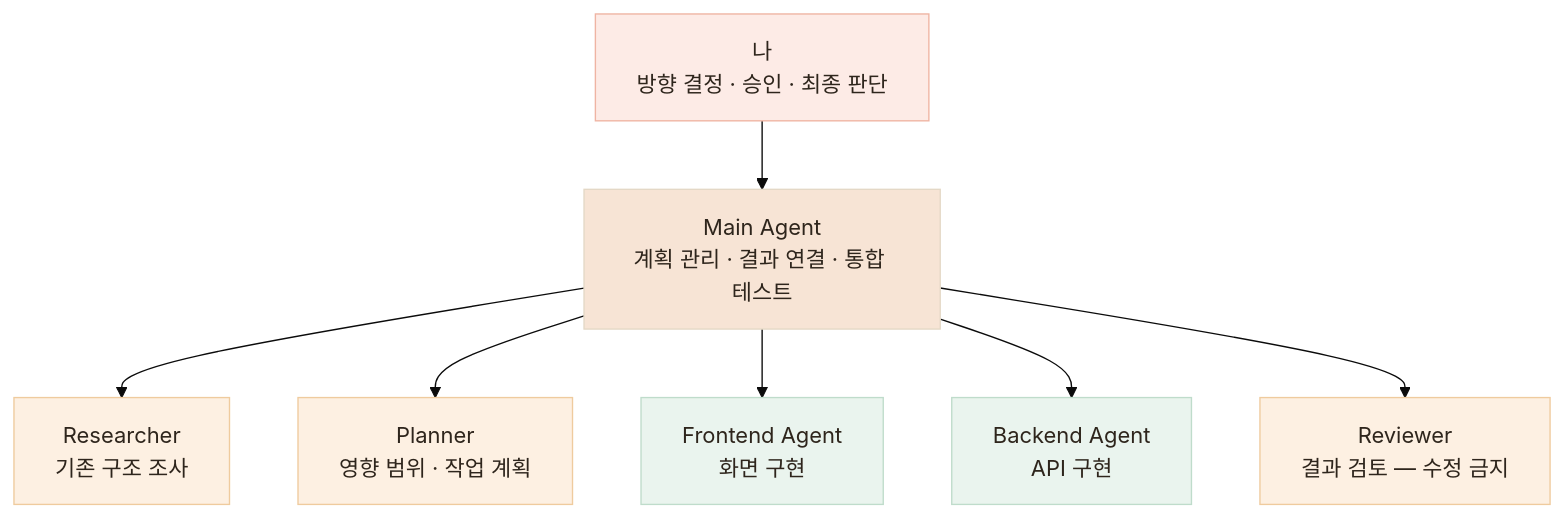
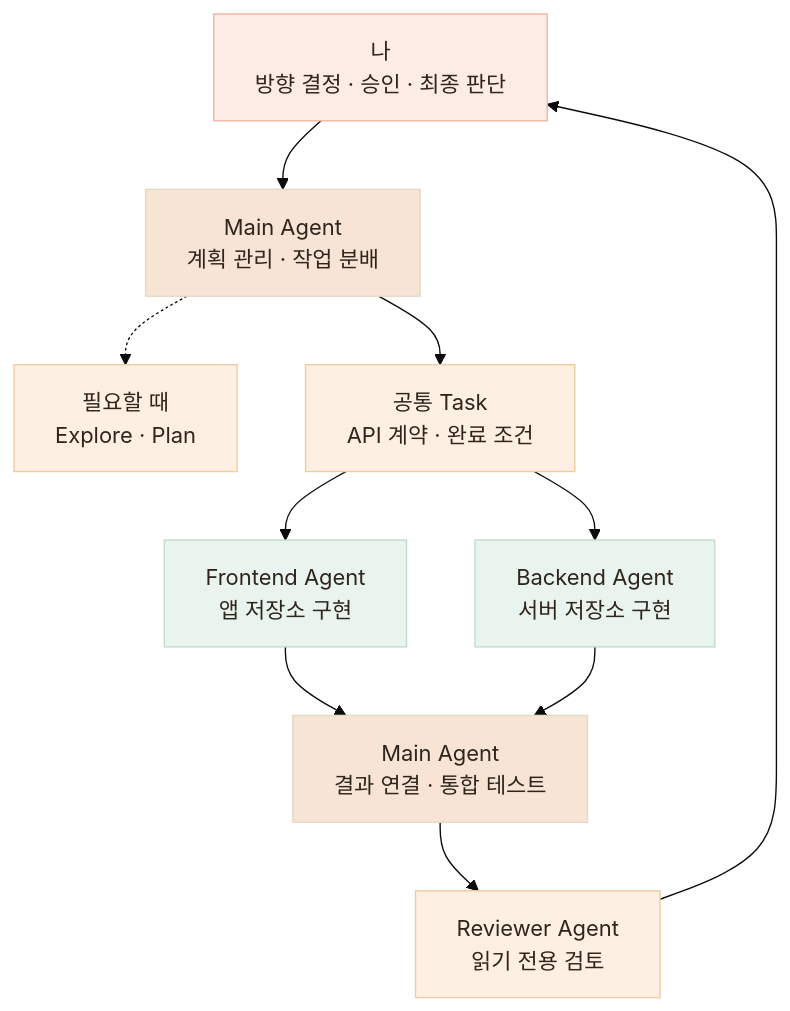
One commit to Jinacker/PortFolio changed the first of 2 diagrams in public/mds/ai-workflow/roles.md. Above: the diagram before and after it, drawn with Mermaid (base theme). The commit also changed other lines of this file and 3 other files, not shown here.

````diff
--- a/public/mds/ai-workflow/roles.md
+++ b/public/mds/ai-workflow/roles.md
@@ -27,17 +22,21 @@
 ```mermaid
 flowchart TB
-    ME["나<br/>방향 결정 · 승인 · 최종 판단"] --> MAIN["Main Agent<br/>계획 관리 · 결과 연결 · 통합 테스트"]
-    MAIN --> RES["Researcher<br/>기존 구조 조사"]
-    MAIN --> PLN["Planner<br/>영향 범위 · 작업 계획"]
-    MAIN --> FE["Frontend Agent<br/>화면 구현"]
-    MAIN --> BE["Backend Agent<br/>API 구현"]
-    MAIN --> REV["Reviewer<br/>결과 검토 — 수정 금지"]
+    ME["나<br/>방향 결정 · 승인 · 최종 판단"] --> MAIN["Main Agent<br/>계획 관리 · 작업 분배"]
+    MAIN -.-> EXP["필요할 때<br/>Explore · Plan"]
+    MAIN --> CONTRACT["공통 Task<br/>API 계약 · 완료 조건"]
+    CONTRACT --> FE["Frontend Agent<br/>앱 저장소 구현"]
+    CONTRACT --> BE["Backend Agent<br/>서버 저장소 구현"]
+    FE --> JOIN["Main Agent<br/>결과 연결 · 통합 테스트"]
+    BE --> JOIN
+    JOIN --> REVIEW["Reviewer Agent<br/>읽기 전용 검토"]
+    REVIEW --> ME
 
     style ME fill:#FDEBE6,stroke:#EFB4A3,color:#2E251C
     style MAIN fill:#F7E4D5,stroke:#E4D8C6,color:#2E251C
-    style RES fill:#FDF0E2,stroke:#EFCB9E,color:#2E251C
-    style PLN fill:#FDF0E2,stroke:#EFCB9E,color:#2E251C
+    style EXP fill:#FDF0E2,stroke:#EFCB9E,color:#2E251C
+    style CONTRACT fill:#FDF0E2,stroke:#EFCB9E,color:#2E251C
     style FE fill:#EAF4EE,stroke:#BFDCCB,color:#2E251C
     style BE fill:#EAF4EE,stroke:#BFDCCB,color:#2E251C
-    style REV fill:#FDF0E2,stroke:#EFCB9E,color:#2E251C
+    style JOIN fill:#F7E4D5,stroke:#E4D8C6,color:#2E251C
+    style REVIEW fill:#FDF0E2,stroke:#EFCB9E,color:#2E251C
 ```
````
